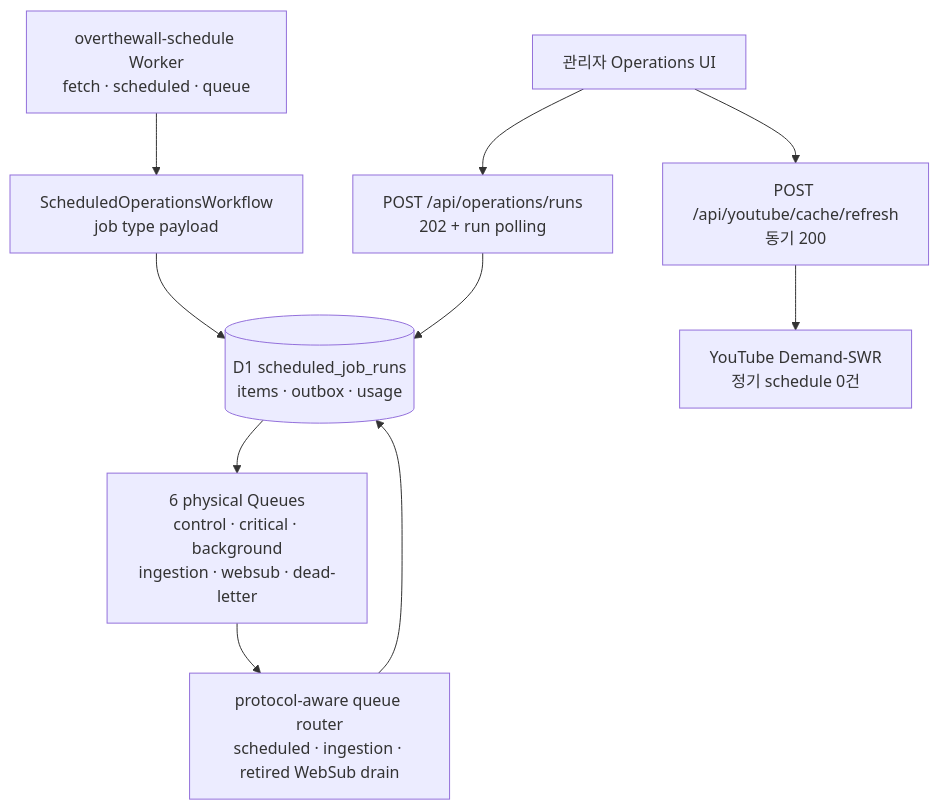
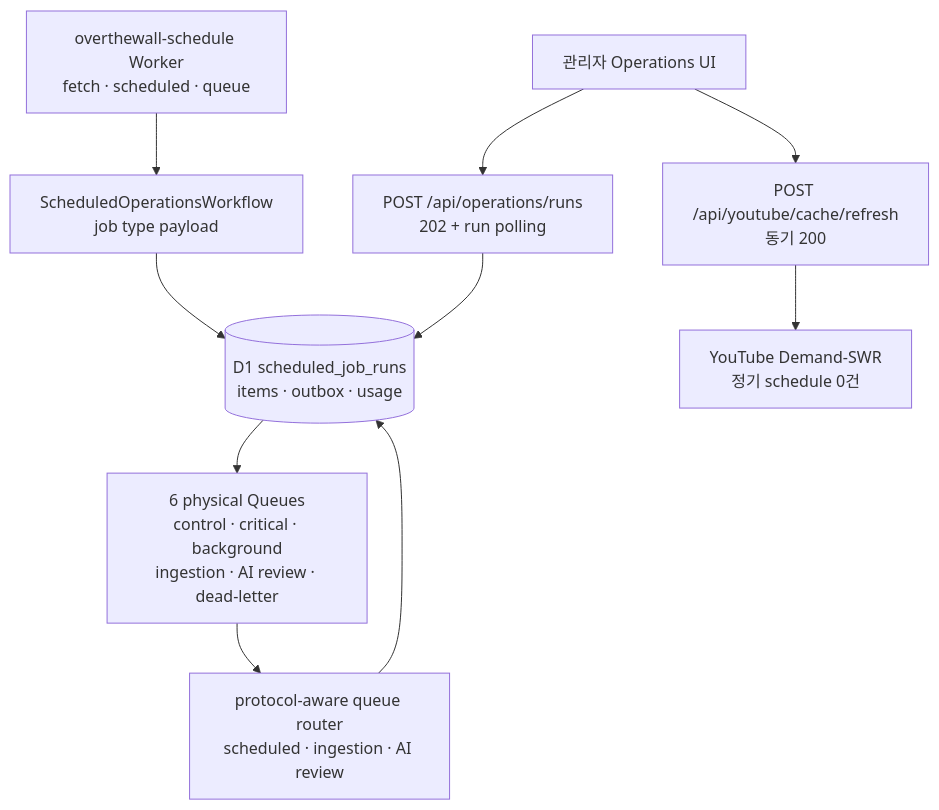
Before and after one commit to rlatmfrl24/overthewall-schedule: the ninth of 10 diagrams in docs/architecture.md, drawn with Mermaid. The commit also changed other lines of this file and 46 other files, not shown here.

````diff
--- a/docs/architecture.md
+++ b/docs/architecture.md
@@ -603,22 +603,22 @@
 ```mermaid
 flowchart TB
   runtime["overthewall-schedule Worker<br/>fetch · scheduled · queue"]
   workflows["ScheduledOperationsWorkflow<br/>job type payload"]
   state[("D1 scheduled_job_runs<br/>items · outbox · usage")]
-  queues["6 physical Queues<br/>control · critical · background<br/>ingestion · websub · dead-letter"]
-  executor["protocol-aware queue router<br/>scheduled · ingestion · retired WebSub drain"]
+  queues["6 physical Queues<br/>control · critical · background<br/>ingestion · AI review · dead-letter"]
+  executor["protocol-aware queue router<br/>scheduled · ingestion · AI review"]
   admin["관리자 Operations UI"]
   command["POST /api/operations/runs<br/>202 + run polling"]
   youtube["YouTube Demand-SWR<br/>정기 schedule 0건"]
   youtubeManual["POST /api/youtube/cache/refresh<br/>동기 200"]
 
   runtime --> workflows
   workflows --> state
   state --> queues
   queues --> executor
   executor --> state
   admin --> command
   command --> state
   admin --> youtubeManual
   youtubeManual --> youtube
 ```
````
